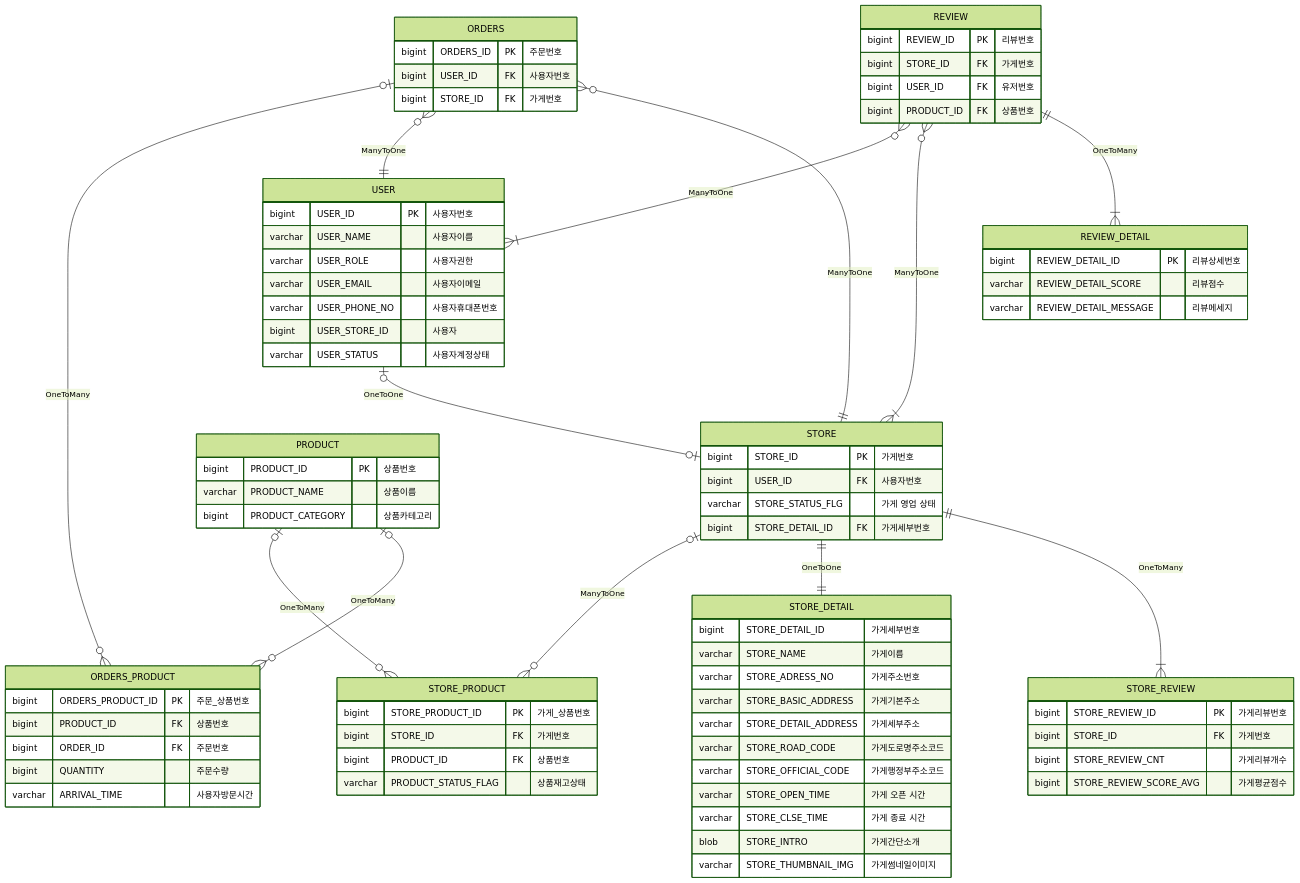
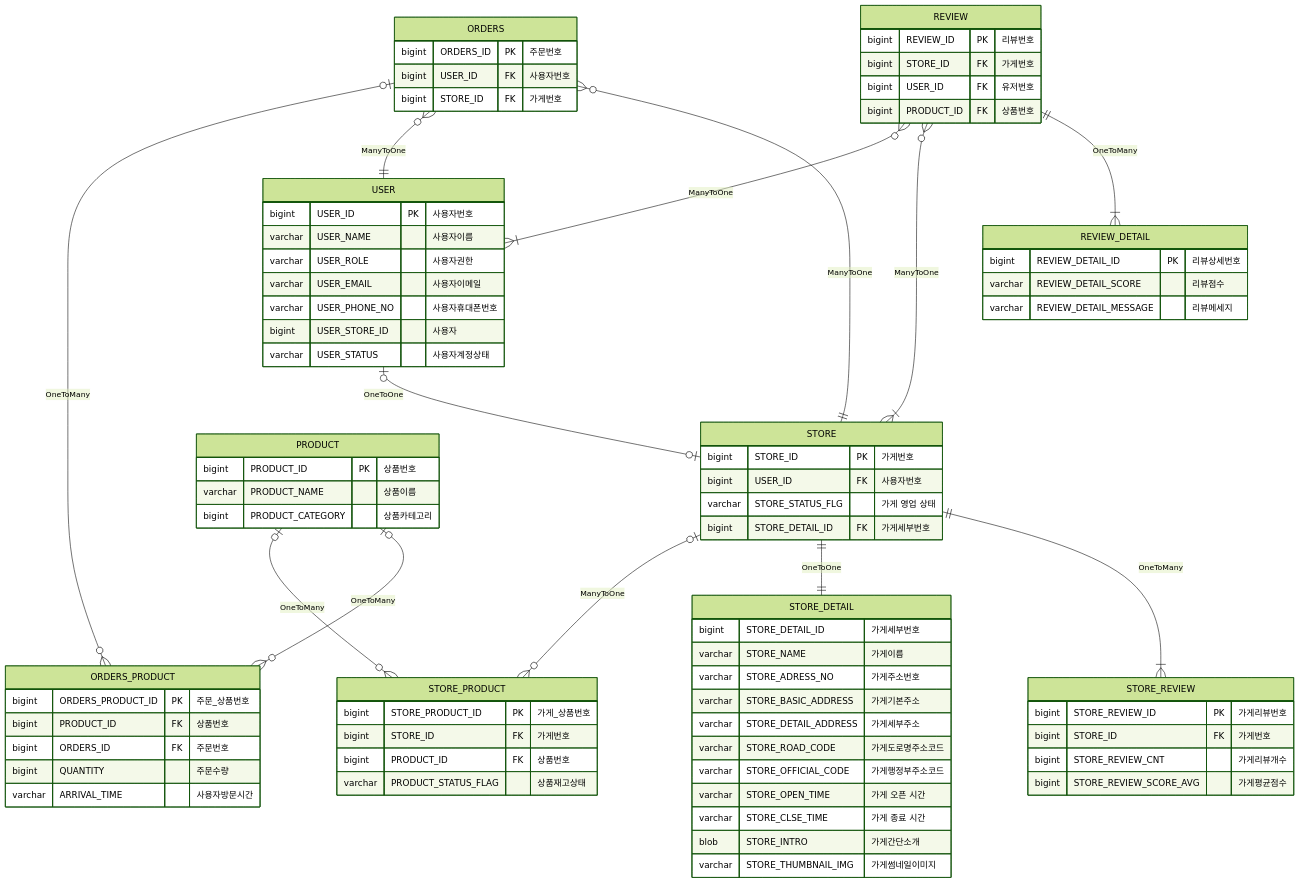
One commit to hyeonju-kim/winterfoodie changed the diagram in src/main/resources/map.mermaid. Above: the diagram before and after it, drawn with Mermaid (forest theme). The commit also changed 41 other files, not shown here.

```diff
--- a/src/main/resources/map.mermaid
+++ b/src/main/resources/map.mermaid
@@ -1,93 +1,93 @@
 erDiagram
     USER|o--o| STORE : OneToOne
     STORE|o--o{ STORE_PRODUCT : ManyToOne
     STORE||--|| STORE_DETAIL : OneToOne
     STORE||--|{ STORE_REVIEW : OneToMany
     PRODUCT|o--o{ STORE_PRODUCT : OneToMany
     ORDERS|o--o{ ORDERS_PRODUCT : OneToMany
     ORDERS}o--|| USER : ManyToOne
     ORDERS}o--|| STORE : ManyToOne
     PRODUCT|o--o{ ORDERS_PRODUCT : OneToMany
     REVIEW}o--|{ USER : ManyToOne
     REVIEW}o--|{ STORE : ManyToOne
     REVIEW||--|{ REVIEW_DETAIL : OneToMany
 
 
     USER{
         bigint USER_ID PK "사용자번호"
         varchar USER_NAME "사용자이름"
         varchar USER_ROLE "사용자권한"
         varchar USER_EMAIL "사용자이메일"
         varchar USER_PHONE_NO "사용자휴대폰번호"
         bigint USER_STORE_ID "사용자"
         varchar USER_STATUS	"사용자계정상태"
     }
 
     STORE{
         bigint STORE_ID PK "가게번호"
         bigint USER_ID FK "사용자번호"
         varchar STORE_STATUS_FLG "가게 영업 상태"
         bigint STORE_DETAIL_ID FK "가게세부번호"
     }
 
     STORE_DETAIL{
         bigint STORE_DETAIL_ID "가게세부번호"
         varchar STORE_NAME "가게이름"
         varchar STORE_ADRESS_NO "가게주소번호"
         varchar STORE_BASIC_ADDRESS "가게기본주소"
         varchar STORE_DETAIL_ADDRESS "가게세부주소"
         varchar STORE_ROAD_CODE "가게도로명주소코드"
         varchar STORE_OFFICIAL_CODE "가게행정부주소코드"
         varchar STORE_OPEN_TIME "가게 오픈 시간"
         varchar STORE_CLSE_TIME "가게 종료 시간"
         blob STORE_INTRO "가게간단소개"
         varchar STORE_THUMBNAIL_IMG "가게썸네일이미지"
     }
 
     STORE_PRODUCT{
         bigint STORE_PRODUCT_ID PK "가게_상품번호"
         bigint STORE_ID FK "가게번호"
         bigint PRODUCT_ID FK "상품번호"
         varchar PRODUCT_STATUS_FLAG "상품재고상태"
     }
 
     PRODUCT{
         bigint PRODUCT_ID PK "상품번호"
         varchar PRODUCT_NAME "상품이름"
         bigint PRODUCT_CATEGORY "상품카테고리"
     }
 
     ORDERS{
         bigint ORDERS_ID PK "주문번호"
         bigint USER_ID FK "사용자번호"
         bigint STORE_ID FK "가게번호"
     }
 
 
     ORDERS_PRODUCT{
         bigint ORDERS_PRODUCT_ID PK "주문_상품번호"
         bigint PRODUCT_ID FK "상품번호"
-        bigint ORDER_ID FK "주문번호"
+        bigint ORDERS_ID FK "주문번호"
         bigint QUANTITY "주문수량"
         varchar ARRIVAL_TIME "사용자방문시간"
     }
 
     STORE_REVIEW{
         bigint STORE_REVIEW_ID PK "가게리뷰번호"
         bigint STORE_ID FK "가게번호"
         bigint STORE_REVIEW_CNT "가게리뷰개수"
         bigint STORE_REVIEW_SCORE_AVG "가게평균점수"
     }
 
     REVIEW{
         bigint REVIEW_ID PK "리뷰번호"
         bigint STORE_ID FK "가게번호"
         bigint USER_ID FK "유저번호"
         bigint PRODUCT_ID FK "상품번호"
     }
 
     REVIEW_DETAIL{
         bigint REVIEW_DETAIL_ID PK "리뷰상세번호"
         varchar REVIEW_DETAIL_SCORE "리뷰점수"
         varchar REVIEW_DETAIL_MESSAGE "리뷰메세지"
     }
```
